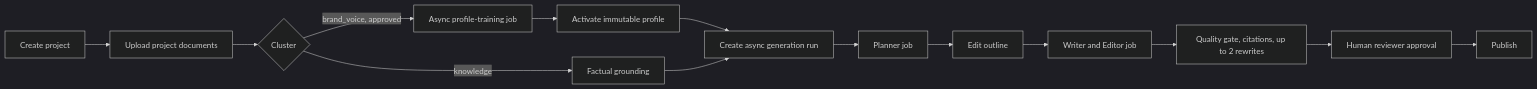
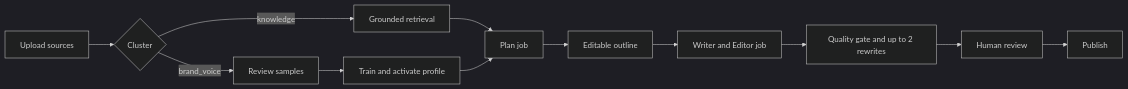
The first of 2 diagrams in README.md (thoaitrantlgt/Brand-Voice-RAG-Content-System), drawn with Mermaid (dark theme) before and after one commit. The commit also changed other lines of this file, not shown here.

Commit message:
docs: streamline project README

````diff
--- a/README.md
+++ b/README.md
@@ -27,16 +22,14 @@
 ```mermaid
 flowchart LR
-    A[Create project] --> B[Upload project documents]
-    B --> C{Cluster}
-    C -->|knowledge| D[Factual grounding]
-    C -->|brand_voice, approved| E[Async profile-training job]
-    E --> F[Activate immutable profile]
-    F --> G[Create async generation run]
-    D --> G
-    G --> H[Planner job]
-    H --> I[Edit outline]
-    I --> J[Writer and Editor job]
-    J --> K[Quality gate, citations, up to 2 rewrites]
-    K --> L[Human reviewer approval]
-    L --> M[Publish]
+    A[Upload sources] --> B{Cluster}
+    B -->|knowledge| C[Grounded retrieval]
+    B -->|brand_voice| D[Review samples]
+    D --> E[Train and activate profile]
+    C --> F[Plan job]
+    E --> F
+    F --> G[Editable outline]
+    G --> H[Writer and Editor job]
+    H --> I[Quality gate and up to 2 rewrites]
+    I --> J[Human review]
+    J --> K[Publish]
 ```
````
